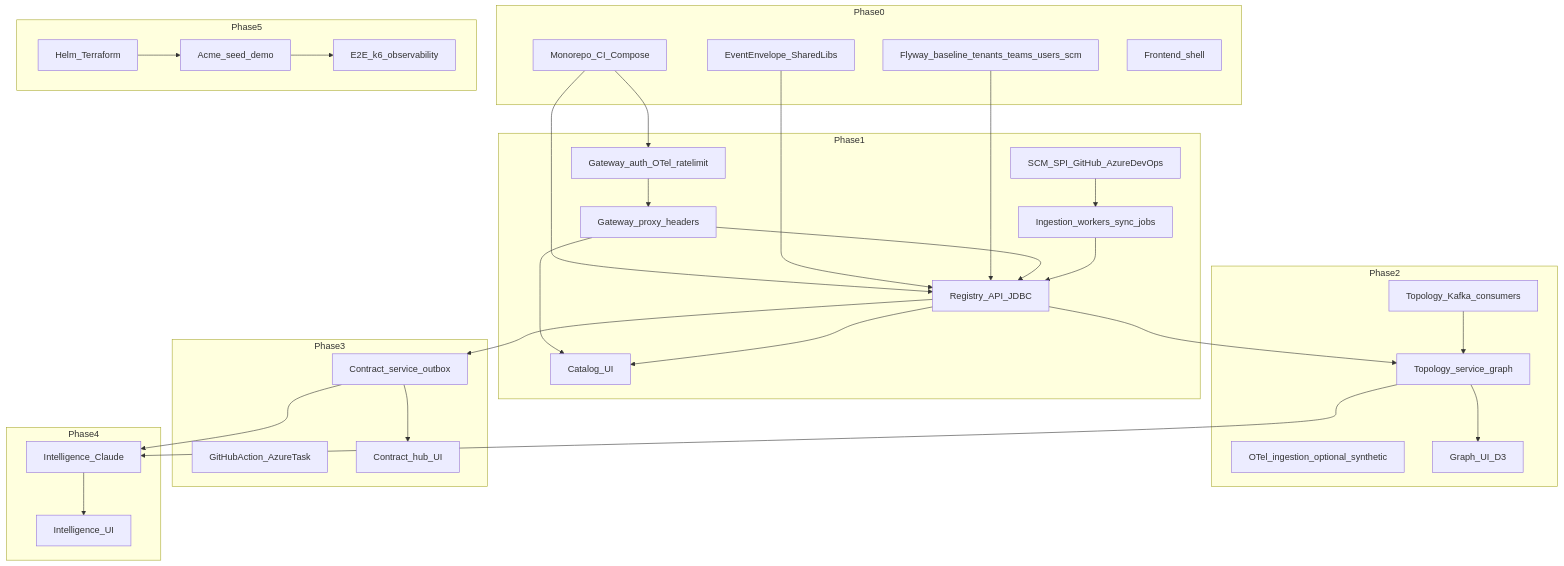
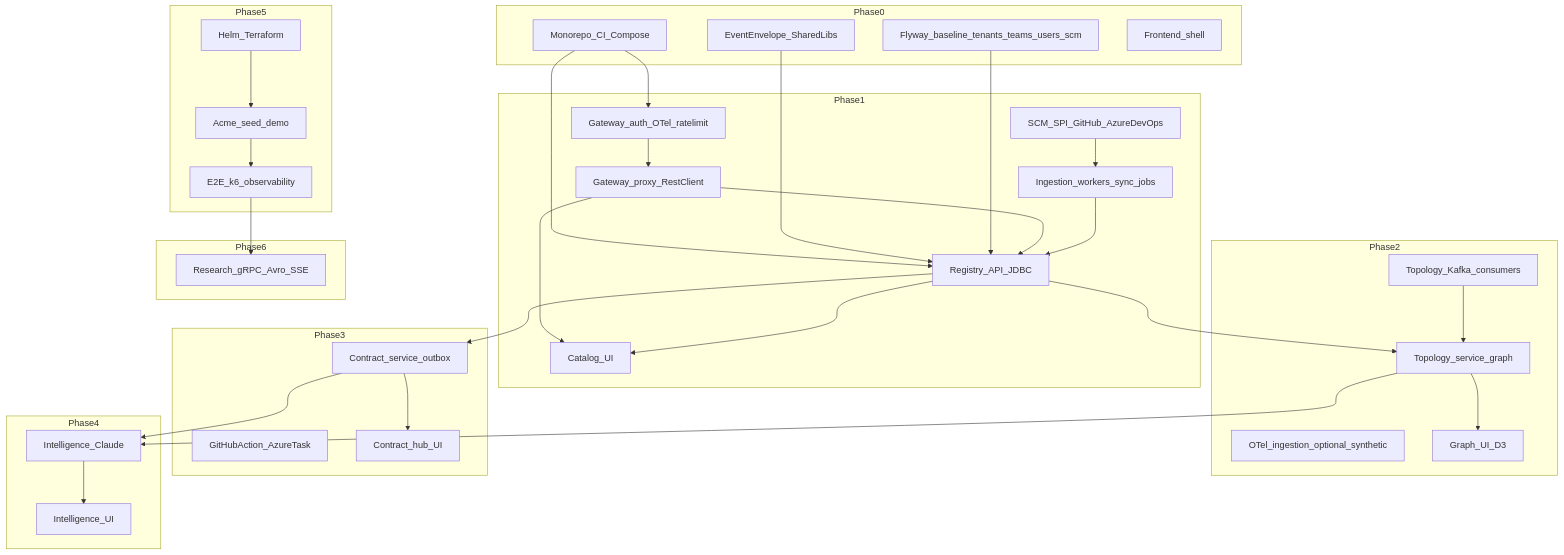
Before and after one commit to allanweber/cartogra: the diagram in docs/plan.md, drawn with Mermaid. The commit also changed other lines of this file and 23 other files, not shown here.

````diff
--- a/docs/plan.md
+++ b/docs/plan.md
@@ -56,57 +59,61 @@
 ```mermaid
 flowchart TB
   subgraph p0 [Phase0]
     mono[Monorepo_CI_Compose]
     env[EventEnvelope_SharedLibs]
     db0[Flyway_baseline_tenants_teams_users_scm]
     fe0[Frontend_shell]
   end
   subgraph p1 [Phase1]
     gwA[Gateway_auth_OTel_ratelimit]
     reg[Registry_API_JDBC]
     spi[SCM_SPI_GitHub_AzureDevOps]
     ing[Ingestion_workers_sync_jobs]
-    gw[Gateway_proxy_headers]
+    gw[Gateway_proxy_RestClient]
     fe1[Catalog_UI]
   end
   subgraph p2 [Phase2]
     top[Topology_service_graph]
     kafkaT[Topology_Kafka_consumers]
     otel[OTel_ingestion_optional_synthetic]
     fe2[Graph_UI_D3]
   end
   subgraph p3 [Phase3]
     con[Contract_service_outbox]
     ci[GitHubAction_AzureTask]
     fe3[Contract_hub_UI]
   end
   subgraph p4 [Phase4]
     intel[Intelligence_Claude]
     fe4[Intelligence_UI]
   end
   subgraph p5 [Phase5]
     helm[Helm_Terraform]
     seed[Acme_seed_demo]
     e2e[E2E_k6_observability]
   end
+  subgraph p6 [Phase6]
+    research[Research_gRPC_Avro_SSE]
+  end
   mono --> gwA
   mono --> reg
   env --> reg
   db0 --> reg
   gwA --> gw
   gw --> reg
   spi --> ing
   ing --> reg
   reg --> top
   kafkaT --> top
   reg --> con
   top --> intel
   con --> intel
   gw --> fe1
   reg --> fe1
   top --> fe2
   con --> fe3
   intel --> fe4
   helm --> seed
   seed --> e2e
+  e2e --> research
 ```
````
